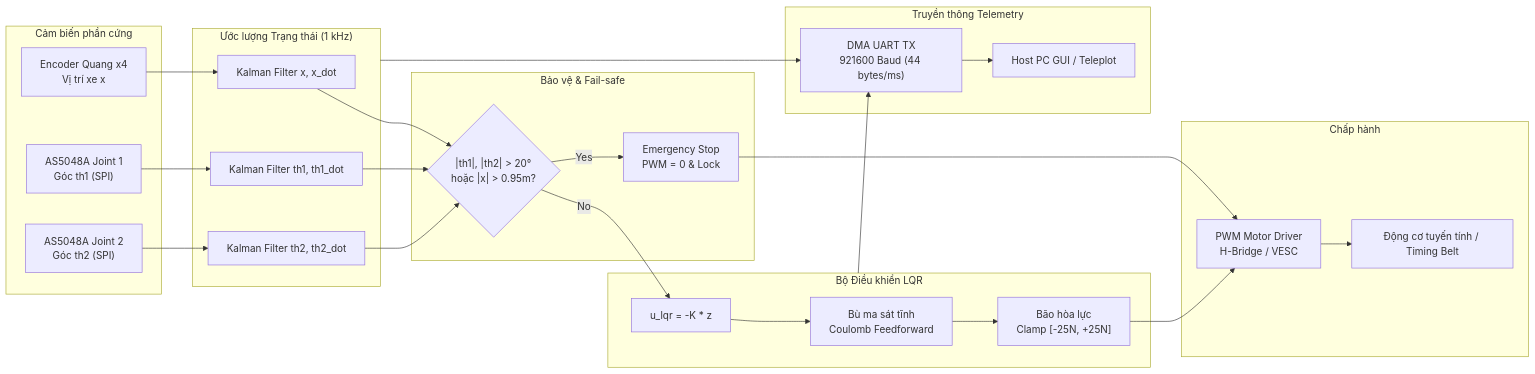
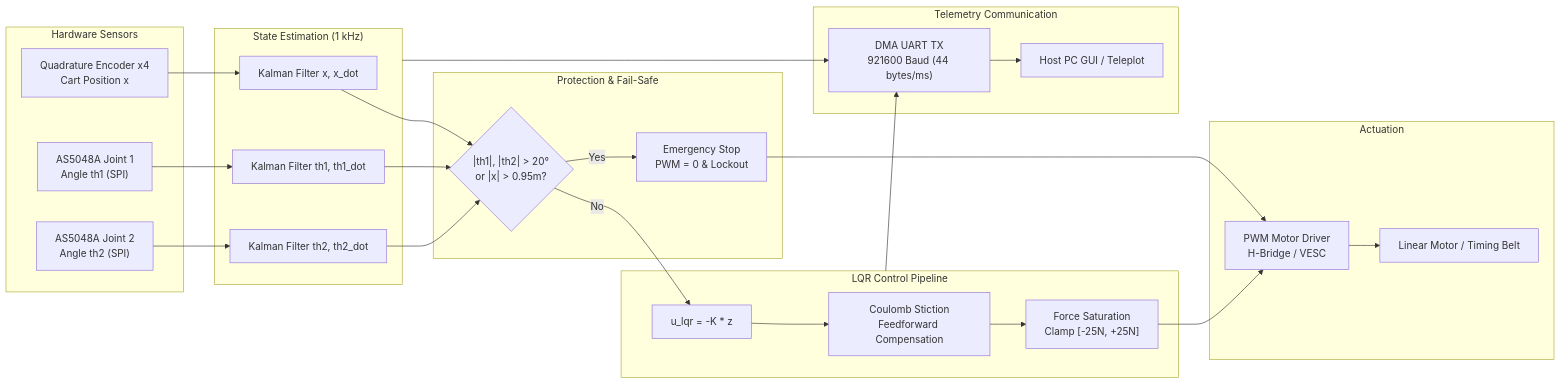
One commit to Harrynguyen190807/double-inverted-pendulum-control changed the diagram in docs/control_architecture.md. Above: the diagram before and after it, drawn with Mermaid. The commit also changed other lines of this file and 10 other files, not shown here.

Commit message:
docs: translate all documentation, skills, and architecture files to English

````diff
--- a/docs/control_architecture.md
+++ b/docs/control_architecture.md
@@ -5,49 +5,49 @@
 ```mermaid
 flowchart LR
-    subgraph SENSORS["Cảm biến phần cứng"]
-        ENC["Encoder Quang x4<br/>Vị trí xe x"]
-        AS1["AS5048A Joint 1<br/>Góc th1 (SPI)"]
-        AS2["AS5048A Joint 2<br/>Góc th2 (SPI)"]
+    subgraph SENSORS["Hardware Sensors"]
+        ENC["Quadrature Encoder x4<br/>Cart Position x"]
+        AS1["AS5048A Joint 1<br/>Angle th1 (SPI)"]
+        AS2["AS5048A Joint 2<br/>Angle th2 (SPI)"]
     end
 
-    subgraph ESTIMATION["Ước lượng Trạng thái (1 kHz)"]
+    subgraph ESTIMATION["State Estimation (1 kHz)"]
         KF_X["Kalman Filter x, x_dot"]
         KF_TH1["Kalman Filter th1, th1_dot"]
         KF_TH2["Kalman Filter th2, th2_dot"]
     end
 
-    subgraph SAFETY["Bảo vệ & Fail-safe"]
-        CHECK{"|th1|, |th2| > 20°<br/>hoặc |x| > 0.95m?"}
-        TRIP["Emergency Stop<br/>PWM = 0 & Lock"]
+    subgraph SAFETY["Protection & Fail-Safe"]
+        CHECK{"|th1|, |th2| > 20°<br/>or |x| > 0.95m?"}
+        TRIP["Emergency Stop<br/>PWM = 0 & Lockout"]
     end
 
-    subgraph LQR_CORE["Bộ Điều khiển LQR"]
+    subgraph LQR_CORE["LQR Control Pipeline"]
         LQR_CALC["u_lqr = -K * z"]
-        STICT["Bù ma sát tĩnh<br/>Coulomb Feedforward"]
-        CLAMP["Bão hòa lực<br/>Clamp [-25N, +25N]"]
+        STICT["Coulomb Stiction<br/>Feedforward Compensation"]
+        CLAMP["Force Saturation<br/>Clamp [-25N, +25N]"]
     end
 
-    subgraph ACTUATOR["Chấp hành"]
+    subgraph ACTUATOR["Actuation"]
         PWM_OUT["PWM Motor Driver<br/>H-Bridge / VESC"]
-        MOTOR["Động cơ tuyến tính / Timing Belt"]
+        MOTOR["Linear Motor / Timing Belt"]
     end
 
-    subgraph TELEMETRY["Truyền thông Telemetry"]
+    subgraph TELEMETRY["Telemetry Communication"]
         UART_DMA["DMA UART TX<br/>921600 Baud (44 bytes/ms)"]
         PC_PLOT["Host PC GUI / Teleplot"]
     end
 
     ENC --> KF_X
     AS1 --> KF_TH1
     AS2 --> KF_TH2
 
     KF_X --> CHECK
     KF_TH1 --> CHECK
     KF_TH2 --> CHECK
 
     CHECK -- Yes --> TRIP --> PWM_OUT
     CHECK -- No --> LQR_CALC --> STICT --> CLAMP --> PWM_OUT --> MOTOR
 
     LQR_CORE --> UART_DMA --> PC_PLOT
     ESTIMATION --> UART_DMA
 ```
````
